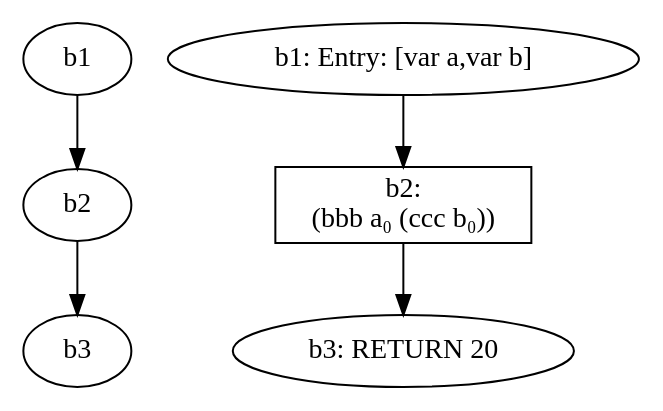
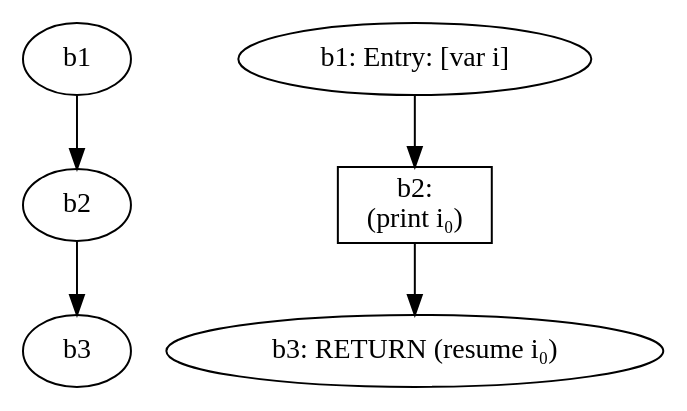
Before and after one commit to leorigon/TE-Infer-SSA: the diagram in out.dot, drawn with Graphviz. The commit also changed 7 other files, not shown here.

```diff
--- a/out.dot
+++ b/out.dot
@@ -1,12 +1,12 @@
 digraph g {
   d1 [label=b1];
-  b1 [label="b1: Entry: [var a,var b]"];
+  b1 [label="b1: Entry: [var i]"];
   b1 -> b2;
   d2 [label=b2];
   d1 -> d2;
-  b2 [shape=box, label="b2:\n(bbb a₀ (ccc b₀))"];
+  b2 [shape=box, label="b2:\n(print i₀)"];
   b2 -> b3;
   d3 [label=b3];
   d2 -> d3;
-  b3 [label="b3: RETURN 20"];
+  b3 [label="b3: RETURN (resume i₀)"];
 }
```
